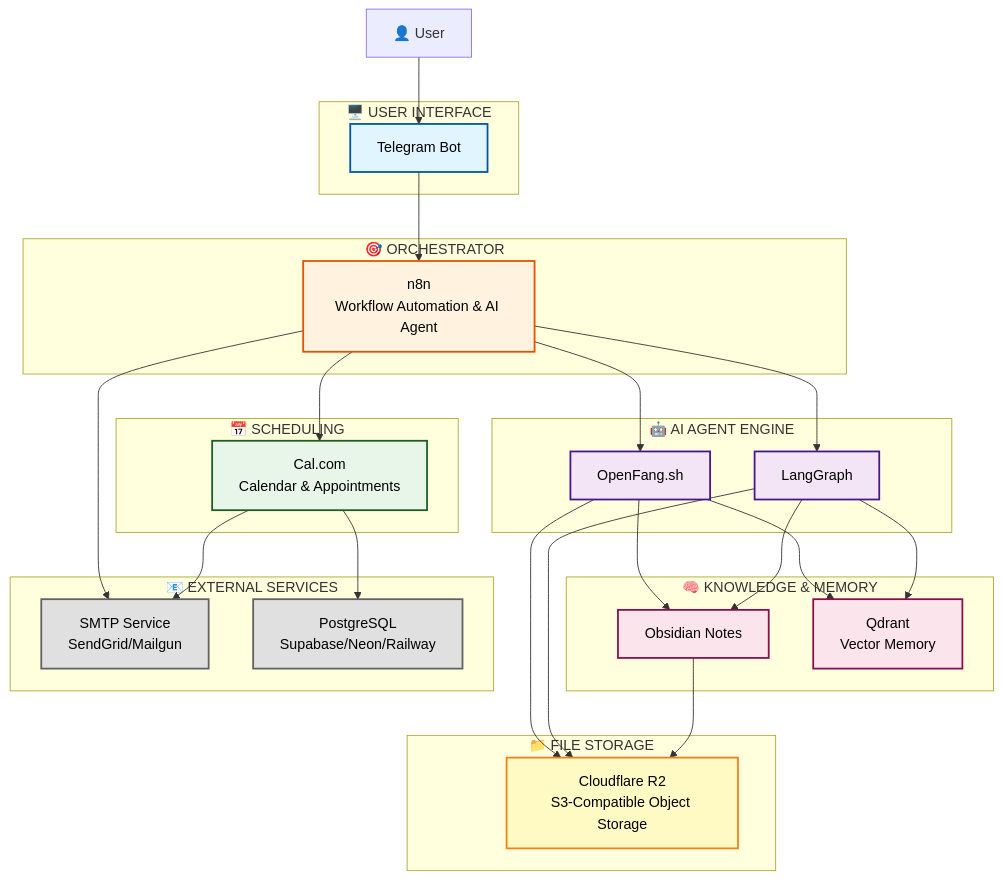
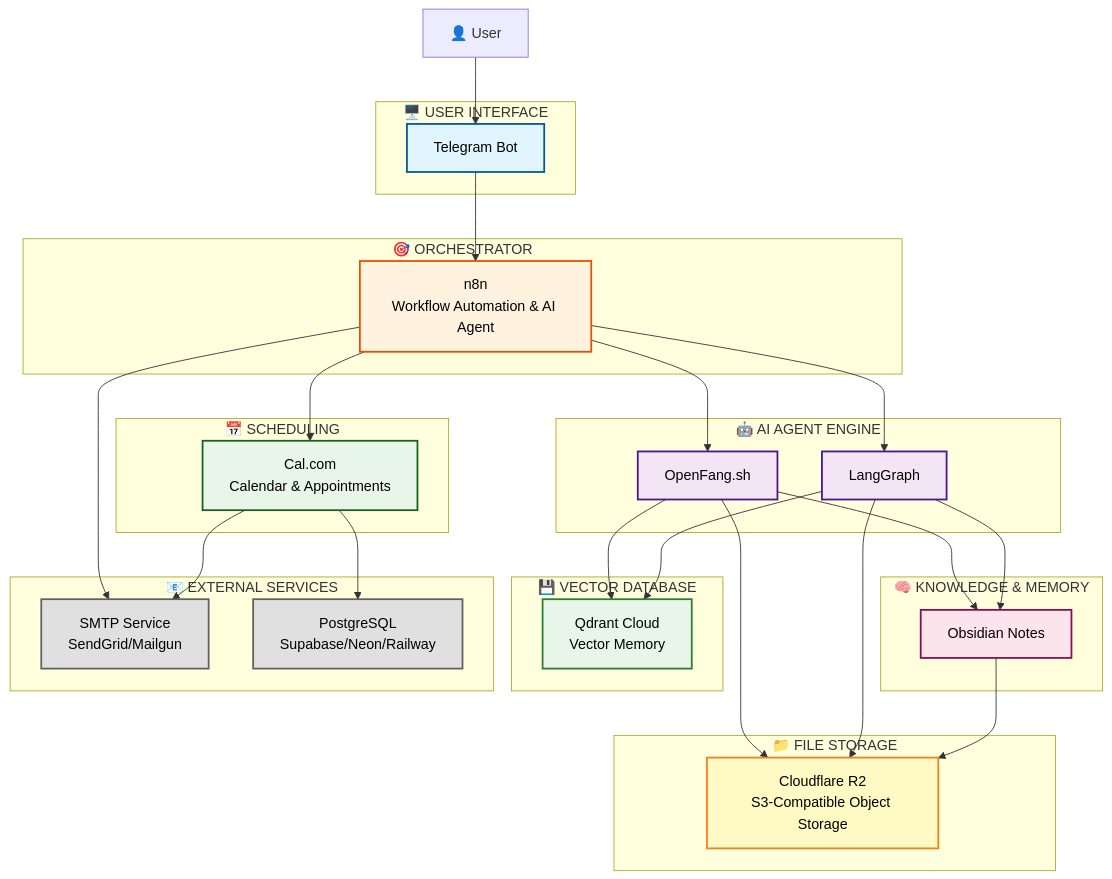
One commit to oppytut/pro-secretary changed the first of 5 diagrams in README.md. Above: the diagram before and after it, drawn with Mermaid. The commit also changed other lines of this file and 3 other files, not shown here.

Commit message:
refactor: migrate Qdrant from self-hosted to external provider (Qdrant Cloud)

````diff
--- a/README.md
+++ b/README.md
@@ -7,67 +7,72 @@
 ```mermaid
 graph TB
     User[👤 User]
     
     subgraph Interface["🖥️ USER INTERFACE"]
         TG[Telegram Bot]
     end
     
     subgraph Orchestrator["🎯 ORCHESTRATOR"]
         N8N[n8n<br/>Workflow Automation & AI Agent]
     end
     
     subgraph AIEngine["🤖 AI AGENT ENGINE"]
         OpenFang[OpenFang.sh]
         LangGraph[LangGraph]
     end
     
     subgraph Scheduling["📅 SCHEDULING"]
         CalCom[Cal.com<br/>Calendar & Appointments]
     end
     
     subgraph Knowledge["🧠 KNOWLEDGE & MEMORY"]
         Obsidian[Obsidian Notes]
-        Qdrant[Qdrant<br/>Vector Memory]
+    end
+    
+    subgraph VectorDB["💾 VECTOR DATABASE"]
+        Qdrant[Qdrant Cloud<br/>Vector Memory]
     end
     
     subgraph Storage["📁 FILE STORAGE"]
         R2[Cloudflare R2<br/>S3-Compatible Object Storage]
     end
     
     subgraph External["📧 EXTERNAL SERVICES"]
         SMTP[SMTP Service<br/>SendGrid/Mailgun]
         PostgreSQL[PostgreSQL<br/>Supabase/Neon/Railway]
     end
     
     User --> TG
     TG --> N8N
     N8N --> OpenFang
     N8N --> LangGraph
     N8N --> CalCom
     N8N --> SMTP
     OpenFang --> Obsidian
     OpenFang --> Qdrant
     OpenFang --> R2
     LangGraph --> Obsidian
     LangGraph --> Qdrant
     LangGraph --> R2
     Obsidian --> R2
     CalCom --> SMTP
     CalCom --> PostgreSQL
     
     classDef interfaceStyle fill:#e1f5ff,stroke:#01579b,stroke-width:2px,color:#000
     classDef orchestratorStyle fill:#fff3e0,stroke:#e65100,stroke-width:2px,color:#000
     classDef aiStyle fill:#f3e5f5,stroke:#4a148c,stroke-width:2px,color:#000
     classDef scheduleStyle fill:#e8f5e9,stroke:#1b5e20,stroke-width:2px,color:#000
     classDef knowledgeStyle fill:#fce4ec,stroke:#880e4f,stroke-width:2px,color:#000
     classDef storageStyle fill:#fff9c4,stroke:#f57f17,stroke-width:2px,color:#000
     classDef externalStyle fill:#e0e0e0,stroke:#616161,stroke-width:2px,color:#000
+    classDef vectordbStyle fill:#e8f5e9,stroke:#2e7d32,stroke-width:2px,color:#000
     
     class TG interfaceStyle
     class N8N orchestratorStyle
     class OpenFang,LangGraph aiStyle
     class CalCom scheduleStyle
-    class Obsidian,Qdrant knowledgeStyle
+    class Obsidian knowledgeStyle
     class R2 storageStyle
     class SMTP,PostgreSQL externalStyle
+    class Qdrant vectordbStyle
 ```
````
